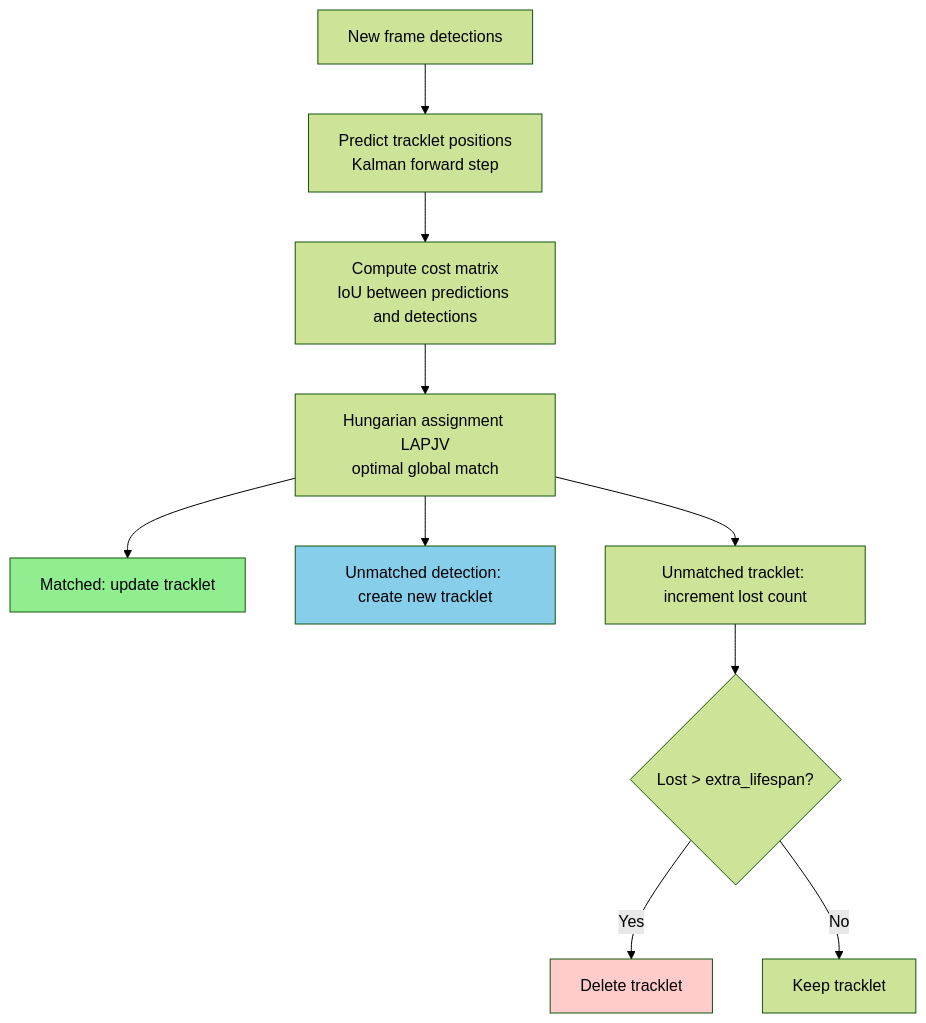
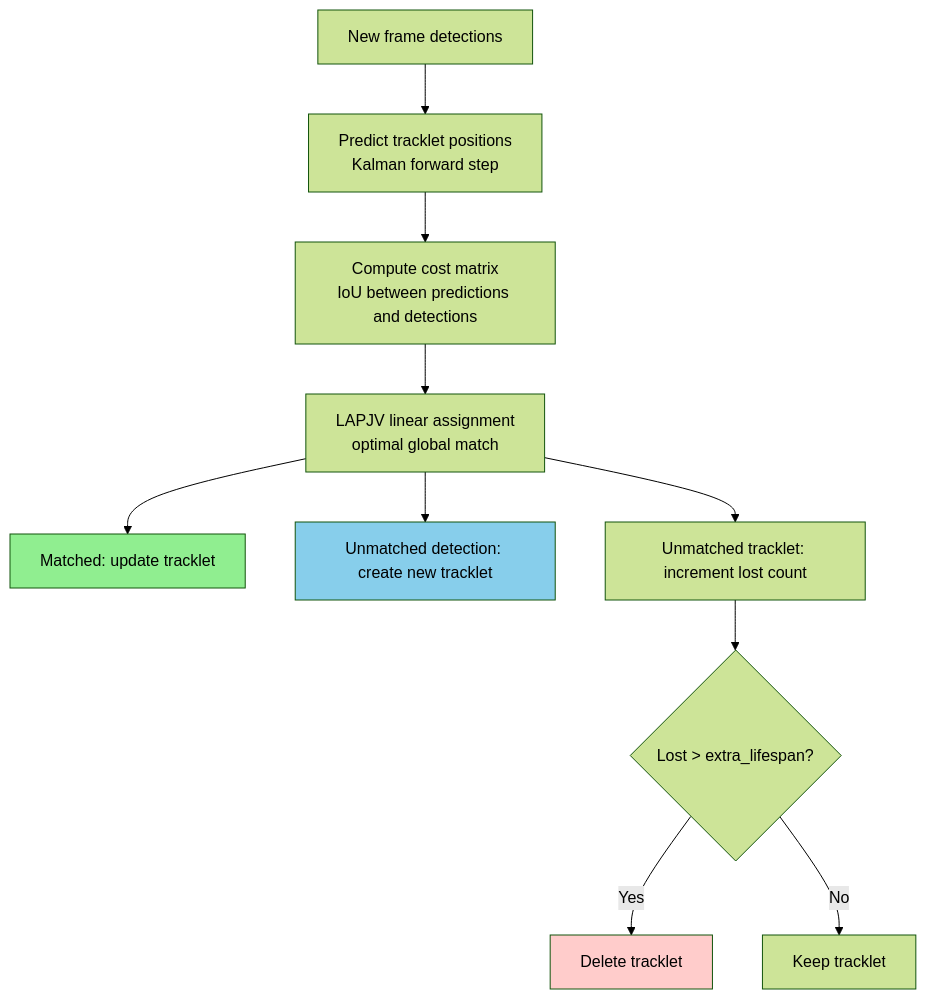
Before and after one commit to EdgeFirstAI/hal: the second of 2 diagrams in crates/tracker/ARCHITECTURE.md, drawn with Mermaid (forest theme). The commit also changed other lines of this file and 63 other files, not shown here.

````diff
--- a/crates/tracker/ARCHITECTURE.md
+++ b/crates/tracker/ARCHITECTURE.md
@@ -53,29 +53,29 @@
 ```mermaid
 flowchart TD
     NewFrame[New frame detections]
     Predict[Predict tracklet positions<br/>Kalman forward step]
     Cost[Compute cost matrix<br/>IoU between predictions and detections]
-    Hungarian[Hungarian assignment LAPJV<br/>optimal global match]
+    Hungarian[LAPJV linear assignment<br/>optimal global match]
 
     Matched[Matched: update tracklet]
     UnmatchedDet[Unmatched detection: create new tracklet]
     UnmatchedTrack[Unmatched tracklet: increment lost count]
 
     CheckLost{Lost > extra_lifespan?}
     Delete[Delete tracklet]
     Keep[Keep tracklet]
 
     NewFrame --> Predict
     Predict --> Cost
     Cost --> Hungarian
     Hungarian --> Matched
     Hungarian --> UnmatchedDet
     Hungarian --> UnmatchedTrack
     UnmatchedTrack --> CheckLost
     CheckLost -->|Yes| Delete
     CheckLost -->|No| Keep
 
     style Matched fill:#90ee90
     style UnmatchedDet fill:#87ceeb
     style Delete fill:#ffcccb
 ```
````
